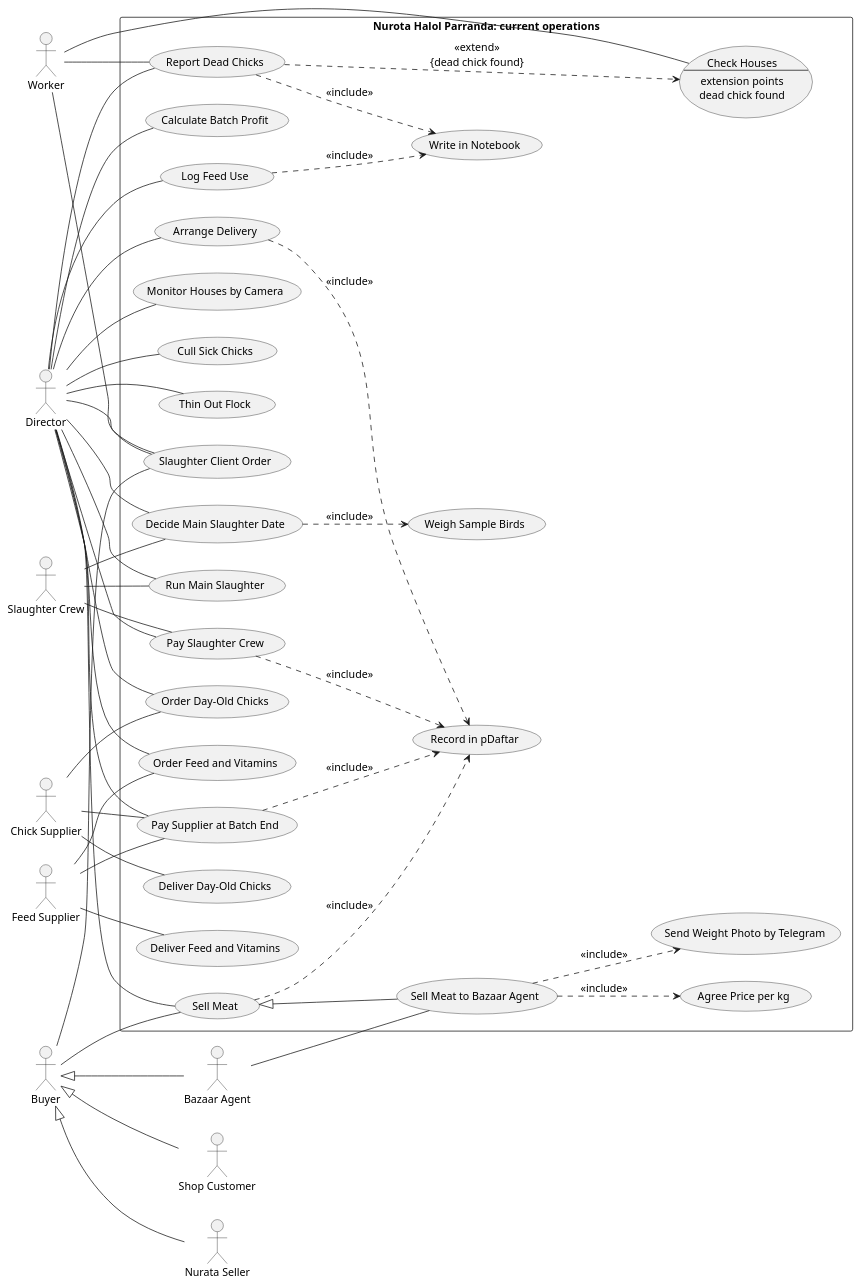
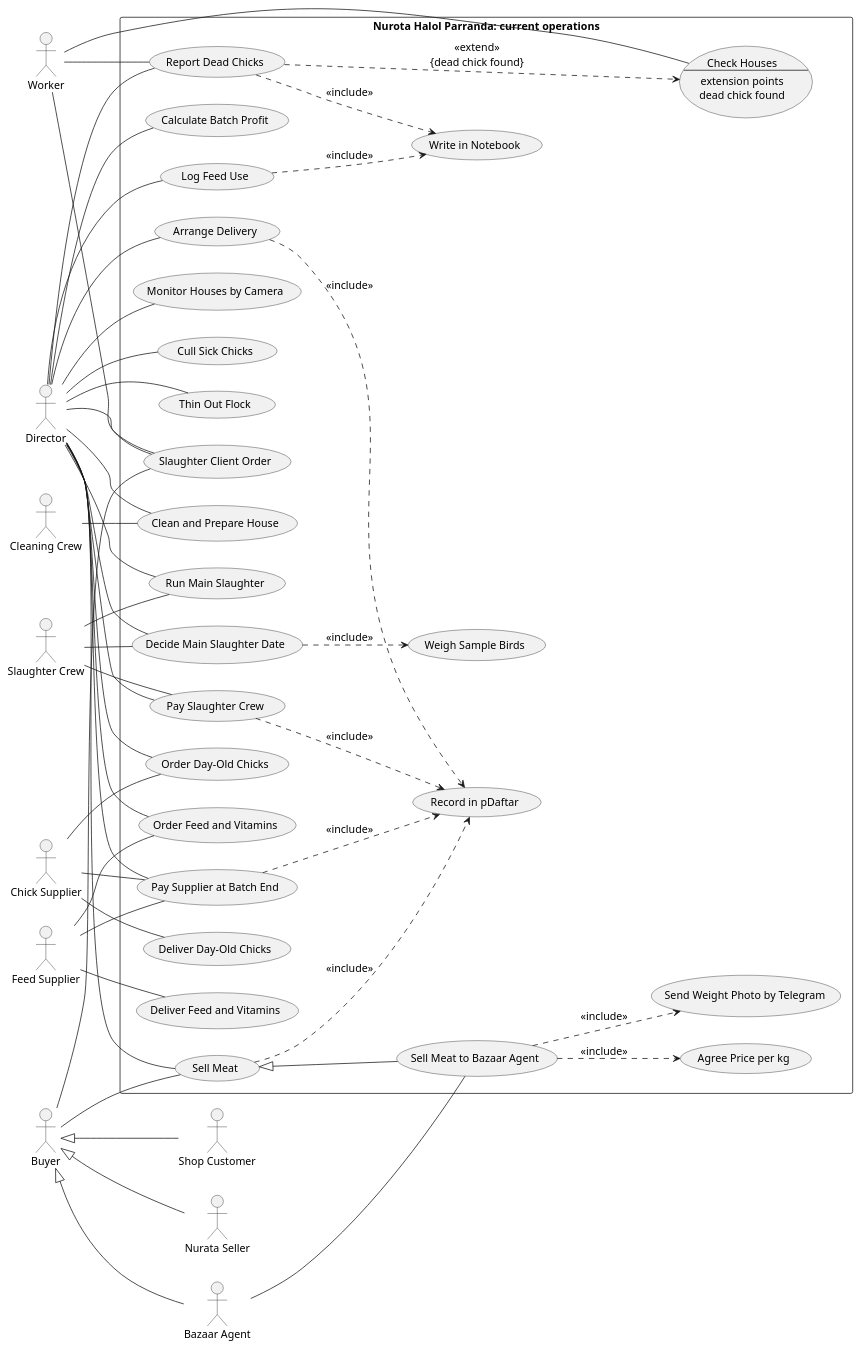
Before and after one commit to MuzaffarNurillaew/sad: the diagram in diagrams/use-case-diagram.puml, drawn with PlantUML. The commit also changed other lines of this file and 4 other files, not shown here.

First line of the commit message:
Add house cleaning and Muzaffar's second-round answers to use cases

```diff
--- a/diagrams/use-case-diagram.puml
+++ b/diagrams/use-case-diagram.puml
@@ -11,86 +11,90 @@
 @startuml
 left to right direction
 skinparam packageStyle rectangle
 skinparam shadowing false
 skinparam defaultFontSize 14
 actor "Worker" as WK
 actor "Director" as DIR
 actor "Slaughter Crew" as CREW
 actor "Chick Supplier" as CSUP
 actor "Feed Supplier" as FSUP
+actor "Cleaning Crew" as CLC
 actor "Buyer" as BUY
 actor "Bazaar Agent" as BA
 actor "Nurata Seller" as NS
 actor "Shop Customer" as SHC
 rectangle "Nurota Halol Parranda: current operations" {
   usecase "Check Houses\n--\nextension points\ndead chick found" as CH
   usecase "Report Dead Chicks" as RD
   usecase "Log Feed Use" as LF
   usecase "Write in Notebook" as NB
   usecase "Monitor Houses by Camera" as MC
   usecase "Cull Sick Chicks" as CS
   usecase "Thin Out Flock" as TF
   usecase "Slaughter Client Order" as SC
   usecase "Decide Main Slaughter Date" as DS
   usecase "Weigh Sample Birds" as WS
   usecase "Run Main Slaughter" as MS
+  usecase "Clean and Prepare House" as CLN
   usecase "Order Day-Old Chicks" as OC
   usecase "Deliver Day-Old Chicks" as DC
   usecase "Order Feed and Vitamins" as OF
   usecase "Deliver Feed and Vitamins" as DF
   usecase "Pay Supplier at Batch End" as PY
   usecase "Pay Slaughter Crew" as PC
   usecase "Record in pDaftar" as PD
   usecase "Calculate Batch Profit" as CP
   usecase "Arrange Delivery" as AD
   usecase "Sell Meat" as SM
   usecase "Sell Meat to Bazaar Agent" as SMBA
   usecase "Agree Price per kg" as AP
   usecase "Send Weight Photo by Telegram" as WP
 }
 WK -- RD
 WK -- SC
 DIR -- RD
 DIR -- LF
 DIR -- MC
 DIR -- CS
 DIR -- TF
 DIR -- CP
+DIR -- CLN
 DIR -- OC
 DIR -- OF
 DIR -- PY
 DIR -- DS
 DIR -- MS
 DIR -- PC
 DIR -- SC
 DIR -- AD
 DIR -- SM
 RD ..> CH : <<extend>>\n{dead chick found}
 RD ..> NB : <<include>>
 LF ..> NB : <<include>>
 PY ..> PD : <<include>>
 PC ..> PD : <<include>>
 AD ..> PD : <<include>>
 SM ..> PD : <<include>>
 DS ..> WS : <<include>>
 SM <|-- SMBA
 SMBA ..> AP : <<include>>
 SMBA ..> WP : <<include>>
 CSUP -- OC
 CSUP -- DC
 CSUP -- PY
 FSUP -- OF
 FSUP -- DF
 FSUP -- PY
 CREW -- MS
 CREW -- DS
 CREW -- PC
+CLC -- CLN
 BUY -- SM
 BUY -- SC
 BA -- SMBA
 BUY <|-- BA
 BUY <|-- NS
 BUY <|-- SHC
 NB -[hidden]- CH
 CH -- WK
 @enduml
```
